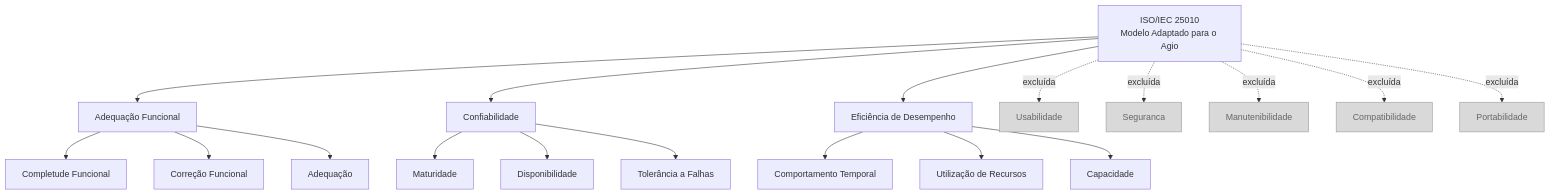
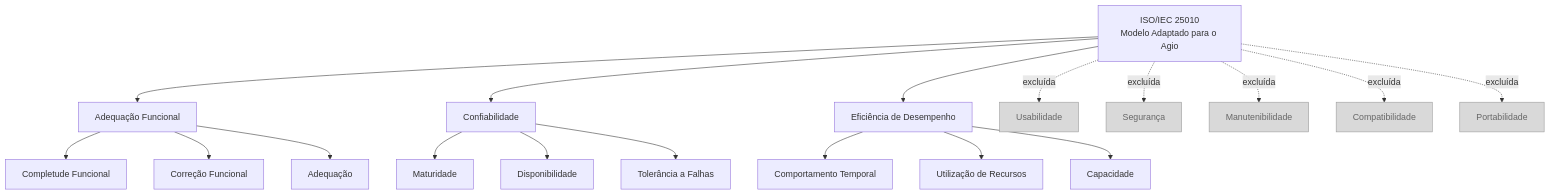
One commit to FCTE-Qualidade-de-Software-1/2026-1_T01_FRANS_BILAS changed the diagram in docs/fase1/modelo_qualidade.md. Above: the diagram before and after it, drawn with Mermaid. The commit also changed other lines of this file and 1 other file, not shown here.

Commit message:
fix: itens q passaram batido

````diff
--- a/docs/fase1/modelo_qualidade.md
+++ b/docs/fase1/modelo_qualidade.md
@@ -119,32 +119,32 @@
 ```mermaid
 graph TD
     ISO["ISO/IEC 25010<br>Modelo Adaptado para o Agio"]
 
     ISO --> AF["Adequação Funcional"]
     ISO --> CONF["Confiabilidade"]
     ISO --> ED["Eficiência de Desempenho"]
 
     ISO -.->|"excluída"| USB["Usabilidade"]
-    ISO -.->|"excluída"| SEG["Seguranca"]
+    ISO -.->|"excluída"| SEG["Segurança"]
     ISO -.->|"excluída"| MAN["Manutenibilidade"]
     ISO -.->|"excluída"| COM["Compatibilidade"]
     ISO -.->|"excluída"| POR["Portabilidade"]
 
     AF --> CF["Completude Funcional"]
     AF --> COR["Correção Funcional"]
     AF --> ADEQ["Adequação"]
 
     CONF --> MAT["Maturidade"]
     CONF --> DISP["Disponibilidade"]
     CONF --> TOL["Tolerância a Falhas"]
 
     ED --> CT["Comportamento Temporal"]
     ED --> UR["Utilização de Recursos"]
     ED --> CAP["Capacidade"]
 
     style USB fill:#d9d9d9,stroke:#999,color:#666
     style SEG fill:#d9d9d9,stroke:#999,color:#666
     style MAN fill:#d9d9d9,stroke:#999,color:#666
     style COM fill:#d9d9d9,stroke:#999,color:#666
     style POR fill:#d9d9d9,stroke:#999,color:#666
 ```
````
